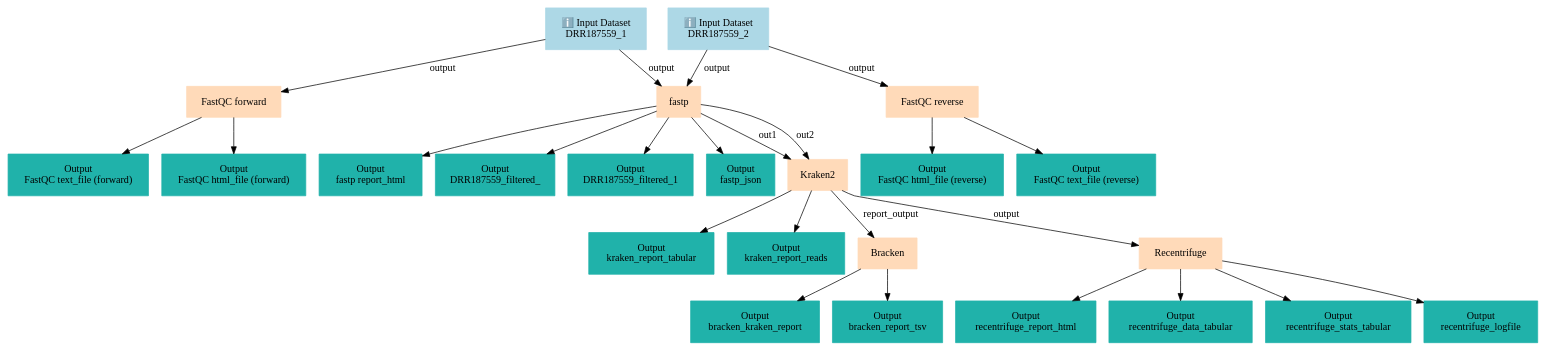
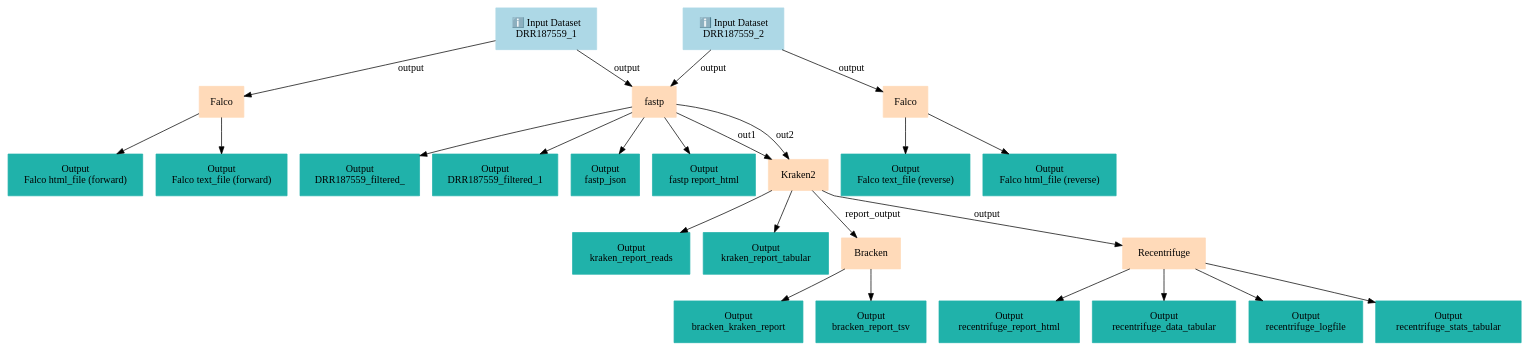
One commit to galaxyproject/training-material changed the diagram in api/workflows/sequence-analysis/quality-contamination-control/quality-and-contamination-control-in-bacterial-isolate-using-illumina-miseq-data/graph.dot. Above: the diagram before and after it, drawn with Graphviz. The commit also changed 9692 other files, not shown here.

```diff
--- a/api/workflows/sequence-analysis/quality-contamination-control/quality-and-contamination-control-in-bacterial-isolate-using-illumina-miseq-data/graph.dot
+++ b/api/workflows/sequence-analysis/quality-contamination-control/quality-and-contamination-control-in-bacterial-isolate-using-illumina-miseq-data/graph.dot
@@ -1,52 +1,52 @@
 digraph main {
   node [fontname="Atkinson Hyperlegible", shape=box, color=white,style=filled,color=peachpuff,margin="0.2,0.2"];
   edge [fontname="Atkinson Hyperlegible"];
   0[color=lightblue,label="ℹ️ Input Dataset\nDRR187559_1"]
   1[color=lightblue,label="ℹ️ Input Dataset\nDRR187559_2"]
-  2[label="FastQC forward"]
+  2[label="Falco"]
   0 -> 2 [label="output"]
-  kd3aed14e51b840b09d6d548fff2ab63a[color=lightseagreen,label="Output\nFastQC text_file (forward)"]
-  2 -> kd3aed14e51b840b09d6d548fff2ab63a
-  k6c9273387e024599a01d014a35a529e8[color=lightseagreen,label="Output\nFastQC html_file (forward)"]
-  2 -> k6c9273387e024599a01d014a35a529e8
-  3[label="FastQC reverse"]
+  k13fee5d73fc744f981a1ed84daa2da03[color=lightseagreen,label="Output\nFalco html_file (forward)"]
+  2 -> k13fee5d73fc744f981a1ed84daa2da03
+  k64d295db180840e6afd2af20f4e178f6[color=lightseagreen,label="Output\nFalco text_file (forward)"]
+  2 -> k64d295db180840e6afd2af20f4e178f6
+  3[label="Falco"]
   1 -> 3 [label="output"]
-  k30d76c09809d4415a1e6f244cfc34065[color=lightseagreen,label="Output\nFastQC html_file (reverse)"]
-  3 -> k30d76c09809d4415a1e6f244cfc34065
-  kbbafb0728b124908ae0f10cc7f9086d3[color=lightseagreen,label="Output\nFastQC text_file (reverse)"]
-  3 -> kbbafb0728b124908ae0f10cc7f9086d3
+  k714c6bf2799249a7b26730f67b8a1c00[color=lightseagreen,label="Output\nFalco text_file (reverse)"]
+  3 -> k714c6bf2799249a7b26730f67b8a1c00
+  kc6989993d20846249f27a33ce0cfa4b9[color=lightseagreen,label="Output\nFalco html_file (reverse)"]
+  3 -> kc6989993d20846249f27a33ce0cfa4b9
   4[label="fastp"]
   0 -> 4 [label="output"]
   1 -> 4 [label="output"]
-  k1a089ca0445a4322b74f60c7aefc7cd8[color=lightseagreen,label="Output\nfastp report_html"]
-  4 -> k1a089ca0445a4322b74f60c7aefc7cd8
   kb634addfdcb843e68016341de7eb5b87[color=lightseagreen,label="Output\nDRR187559_filtered_"]
   4 -> kb634addfdcb843e68016341de7eb5b87
   k0a57afa4e75e470dad7b13e567ce54a3[color=lightseagreen,label="Output\nDRR187559_filtered_1"]
   4 -> k0a57afa4e75e470dad7b13e567ce54a3
   kbb98c4d1bd1d47bdac564ac0e1e49d50[color=lightseagreen,label="Output\nfastp_json"]
   4 -> kbb98c4d1bd1d47bdac564ac0e1e49d50
+  k1a089ca0445a4322b74f60c7aefc7cd8[color=lightseagreen,label="Output\nfastp report_html"]
+  4 -> k1a089ca0445a4322b74f60c7aefc7cd8
   5[label="Kraken2"]
   4 -> 5 [label="out1"]
   4 -> 5 [label="out2"]
+  ka408a64458cd4f5eaf2515b5ea63aa76[color=lightseagreen,label="Output\nkraken_report_reads"]
+  5 -> ka408a64458cd4f5eaf2515b5ea63aa76
   k54b85a5372ee4b73b1867fd55e8aab9b[color=lightseagreen,label="Output\nkraken_report_tabular"]
   5 -> k54b85a5372ee4b73b1867fd55e8aab9b
-  ka408a64458cd4f5eaf2515b5ea63aa76[color=lightseagreen,label="Output\nkraken_report_reads"]
-  5 -> ka408a64458cd4f5eaf2515b5ea63aa76
   6[label="Bracken"]
   5 -> 6 [label="report_output"]
   k8ca52af9f83942b6aa74f1a6a1dfbbc8[color=lightseagreen,label="Output\nbracken_kraken_report"]
   6 -> k8ca52af9f83942b6aa74f1a6a1dfbbc8
   kae6c6464f5f54e5bb616d38166fc0133[color=lightseagreen,label="Output\nbracken_report_tsv"]
   6 -> kae6c6464f5f54e5bb616d38166fc0133
   7[label="Recentrifuge"]
   5 -> 7 [label="output"]
   kbd947a1d0443465f86585d76d9ce69f8[color=lightseagreen,label="Output\nrecentrifuge_report_html"]
   7 -> kbd947a1d0443465f86585d76d9ce69f8
   kc7457acb41bc4191b3fb6716e15fbe57[color=lightseagreen,label="Output\nrecentrifuge_data_tabular"]
   7 -> kc7457acb41bc4191b3fb6716e15fbe57
+  k94f6ff070e0647ad88f8a058d0808537[color=lightseagreen,label="Output\nrecentrifuge_logfile"]
+  7 -> k94f6ff070e0647ad88f8a058d0808537
   kb5694f2dc8cd4460bfff74fd0792ecb3[color=lightseagreen,label="Output\nrecentrifuge_stats_tabular"]
   7 -> kb5694f2dc8cd4460bfff74fd0792ecb3
-  k94f6ff070e0647ad88f8a058d0808537[color=lightseagreen,label="Output\nrecentrifuge_logfile"]
-  7 -> k94f6ff070e0647ad88f8a058d0808537
 }
```
